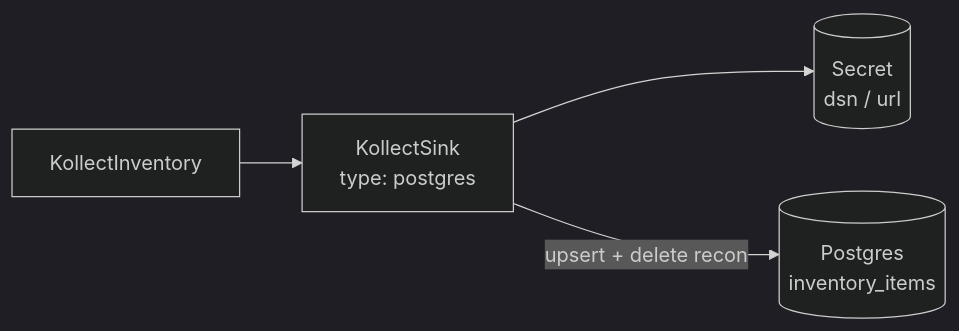
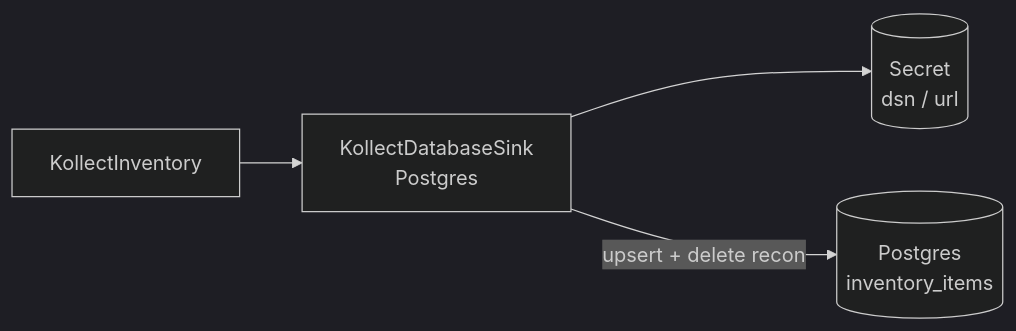
Before and after one commit to PlatformRelay/Kollect: the diagram in docs/examples/postgres-state-store.md, drawn with Mermaid (dark theme). The commit also changed other lines of this file and 16 other files, not shown here.

````diff
--- a/docs/examples/postgres-state-store.md
+++ b/docs/examples/postgres-state-store.md
@@ -18,11 +18,11 @@
 ```mermaid
 flowchart LR
   Inv[KollectInventory]
-  Sink[KollectSink<br/>type: postgres]
+  Sink[KollectDatabaseSink<br/>Postgres]
   Secret[(Secret<br/>dsn / url)]
   PG[(Postgres<br/>inventory_items)]
 
   Inv --> Sink
   Sink --> Secret
   Sink -->|upsert + delete recon| PG
 ```
````
